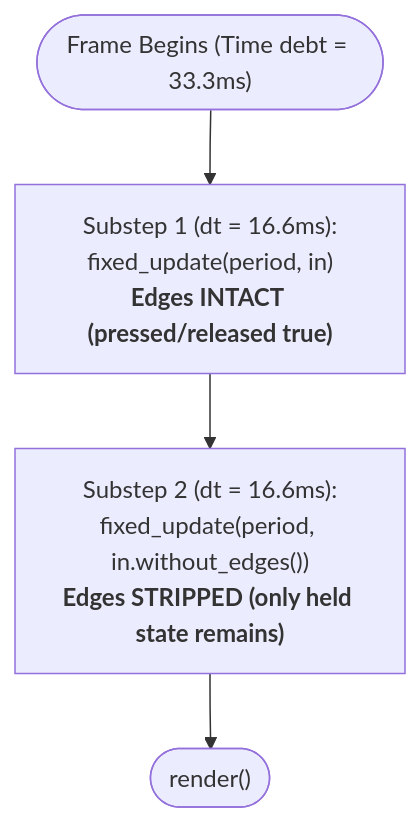
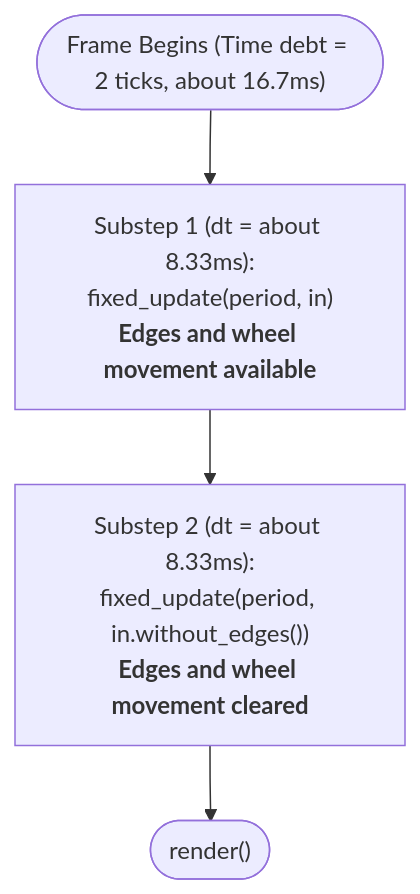
The second of 2 diagrams in website/docs/tutorial/step-03-moving-with-keyboard.md (devbrain/neutrino), drawn with Mermaid before and after one commit. The commit also changed other lines of this file and 94 other files, not shown here.

````diff
--- a/website/docs/tutorial/step-03-moving-with-keyboard.md
+++ b/website/docs/tutorial/step-03-moving-with-keyboard.md
@@ -374,6 +388,6 @@
 ```mermaid
 flowchart TD
-    FrameBegin(["Frame Begins (Time debt = 33.3ms)"]) --> Substep1["Substep 1 (dt = 16.6ms):<br/>fixed_update(period, in)<br/><b>Edges INTACT (pressed/released true)</b>"]
-    Substep1 --> Substep2["Substep 2 (dt = 16.6ms):<br/>fixed_update(period, in.without_edges())<br/><b>Edges STRIPPED (only held state remains)</b>"]
+    FrameBegin(["Frame Begins (Time debt = 2 ticks, about 16.7ms)"]) --> Substep1["Substep 1 (dt = about 8.33ms):<br/>fixed_update(period, in)<br/><b>Edges and wheel movement available</b>"]
+    Substep1 --> Substep2["Substep 2 (dt = about 8.33ms):<br/>fixed_update(period, in.without_edges())<br/><b>Edges and wheel movement cleared</b>"]
     Substep2 --> Render(["render()"])
 ```
````
